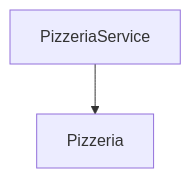
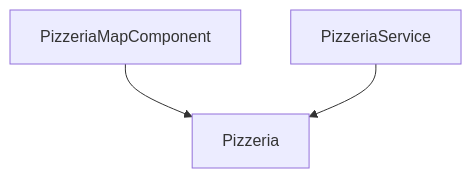
Before and after one commit to ClaudioBuzi001/SissoKo: the diagram in mega_prova/docs/frontend/features/pizzerias.md, drawn with Mermaid. The commit also changed other lines of this file and 21 other files, not shown here.

````diff
--- a/mega_prova/docs/frontend/features/pizzerias.md
+++ b/mega_prova/docs/frontend/features/pizzerias.md
@@ -9,4 +10,5 @@
 ```mermaid
 graph TD
+    PizzeriaMapComponent --> Pizzeria
     PizzeriaService --> Pizzeria
 ```
````
